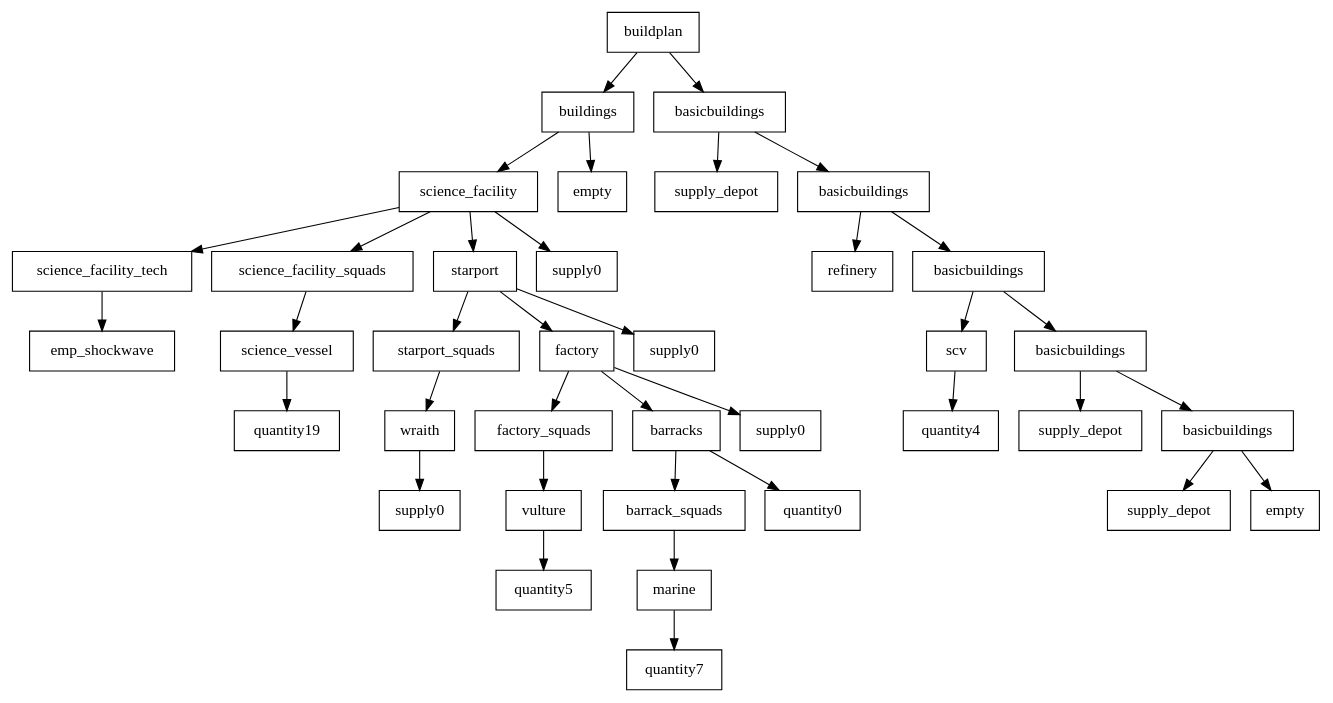
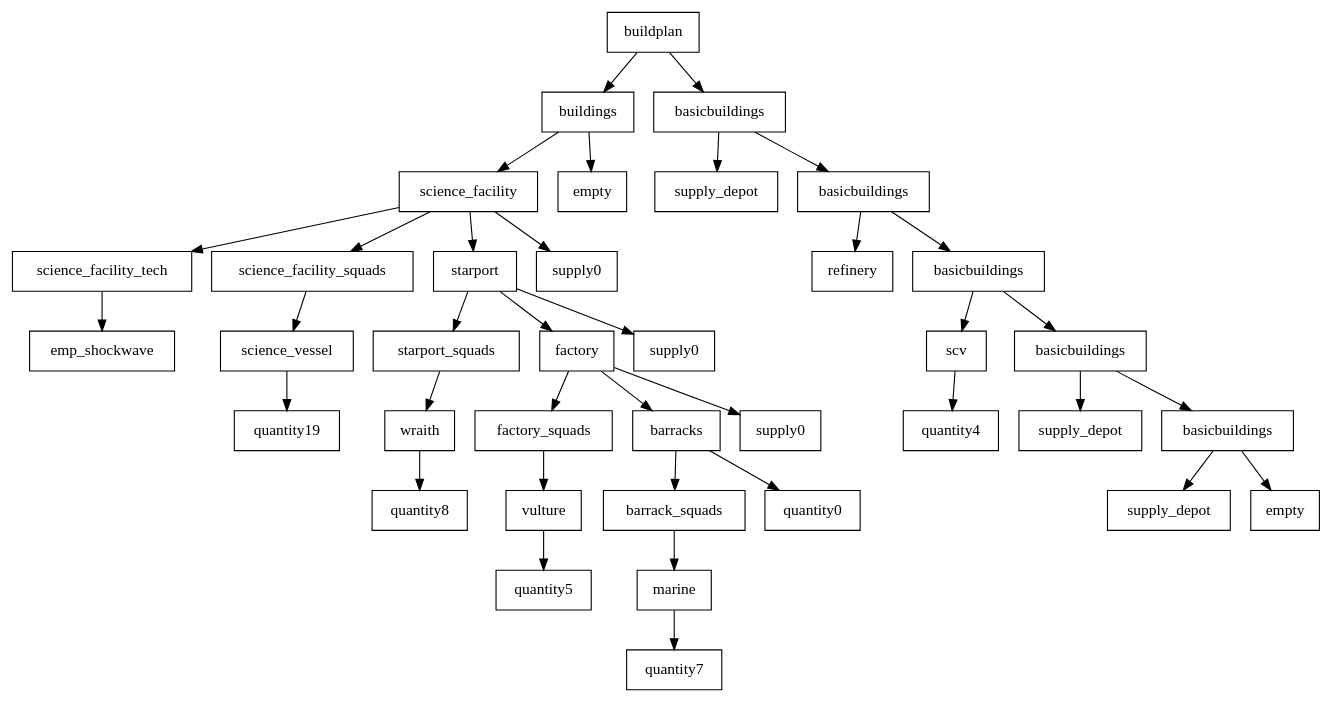
Before and after one commit to cryogenic-dreams/StarCraft-GPBot: the diagram in GPBot/file0.dot, drawn with Graphviz. The commit also changed 29 other files, not shown here.

```diff
--- a/GPBot/file0.dot
+++ b/GPBot/file0.dot
@@ -1,77 +1,77 @@
 digraph g {
 graph [ordering=out];
 node [shape=rectangle];
 n[label = "buildplan"];
 n0[label = "buildings"];
 n00[label = "science_facility"];
 n000[label = "science_facility_tech"];
 n0000[label = "emp_shockwave"];
 n000 -> n0000;
 n00 -> n000;
 n001[label = "science_facility_squads"];
 n0010[label = "science_vessel"];
 n00100[label = "quantity19"];
 n0010 -> n00100;
 n001 -> n0010;
 n00 -> n001;
 n002[label = "starport"];
 n0020[label = "starport_squads"];
 n00200[label = "wraith"];
-n002000[label = "supply0"];
+n002000[label = "quantity8"];
 n00200 -> n002000;
 n0020 -> n00200;
 n002 -> n0020;
 n0021[label = "factory"];
 n00210[label = "factory_squads"];
 n002100[label = "vulture"];
 n0021000[label = "quantity5"];
 n002100 -> n0021000;
 n00210 -> n002100;
 n0021 -> n00210;
 n00211[label = "barracks"];
 n002110[label = "barrack_squads"];
 n0021100[label = "marine"];
 n00211000[label = "quantity7"];
 n0021100 -> n00211000;
 n002110 -> n0021100;
 n00211 -> n002110;
 n002111[label = "quantity0"];
 n00211 -> n002111;
 n0021 -> n00211;
 n00212[label = "supply0"];
 n0021 -> n00212;
 n002 -> n0021;
 n0022[label = "supply0"];
 n002 -> n0022;
 n00 -> n002;
 n003[label = "supply0"];
 n00 -> n003;
 n0 -> n00;
 n01[label = "empty"];
 n0 -> n01;
 n -> n0;
 n1[label = "basicbuildings"];
 n10[label = "supply_depot"];
 n1 -> n10;
 n11[label = "basicbuildings"];
 n110[label = "refinery"];
 n11 -> n110;
 n111[label = "basicbuildings"];
 n1110[label = "scv"];
 n11100[label = "quantity4"];
 n1110 -> n11100;
 n111 -> n1110;
 n1111[label = "basicbuildings"];
 n11110[label = "supply_depot"];
 n1111 -> n11110;
 n11111[label = "basicbuildings"];
 n111110[label = "supply_depot"];
 n11111 -> n111110;
 n111111[label = "empty"];
 n11111 -> n111111;
 n1111 -> n11111;
 n111 -> n1111;
 n11 -> n111;
 n1 -> n11;
 n -> n1;
 }
```
